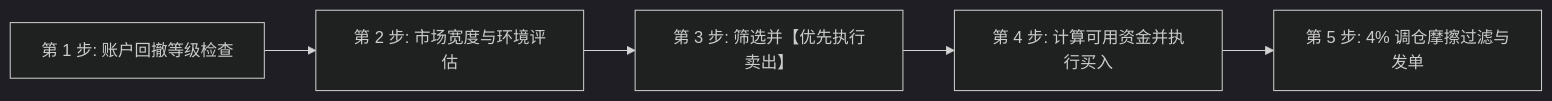
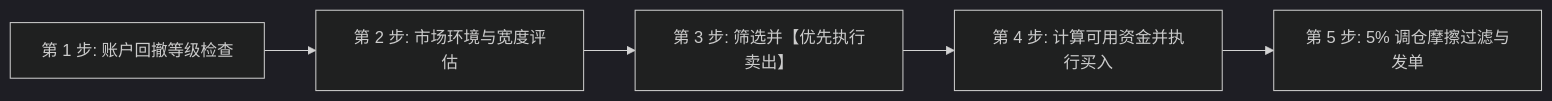
One commit to stonewell/quant_research changed the second of 2 diagrams in docs/ruleset/chan_risk_managed_blend/rules_cn.md. Above: the diagram before and after it, drawn with Mermaid (dark theme). The commit also changed other lines of this file and 15 other files, not shown here.

````diff
--- a/docs/ruleset/chan_risk_managed_blend/rules_cn.md
+++ b/docs/ruleset/chan_risk_managed_blend/rules_cn.md
@@ -48,7 +35,7 @@
 ```mermaid
 flowchart LR
-    T1["第 1 步: 账户回撤等级检查"] --> T2["第 2 步: 市场宽度与环境评估"]
+    T1["第 1 步: 账户回撤等级检查"] --> T2["第 2 步: 市场环境与宽度评估"]
     T2 --> T3["第 3 步: 筛选并【优先执行卖出】"]
     T3 --> T4["第 4 步: 计算可用资金并执行买入"]
-    T4 --> T5["第 5 步: 4% 调仓摩擦过滤与发单"]
+    T4 --> T5["第 5 步: 5% 调仓摩擦过滤与发单"]
 ```
````
